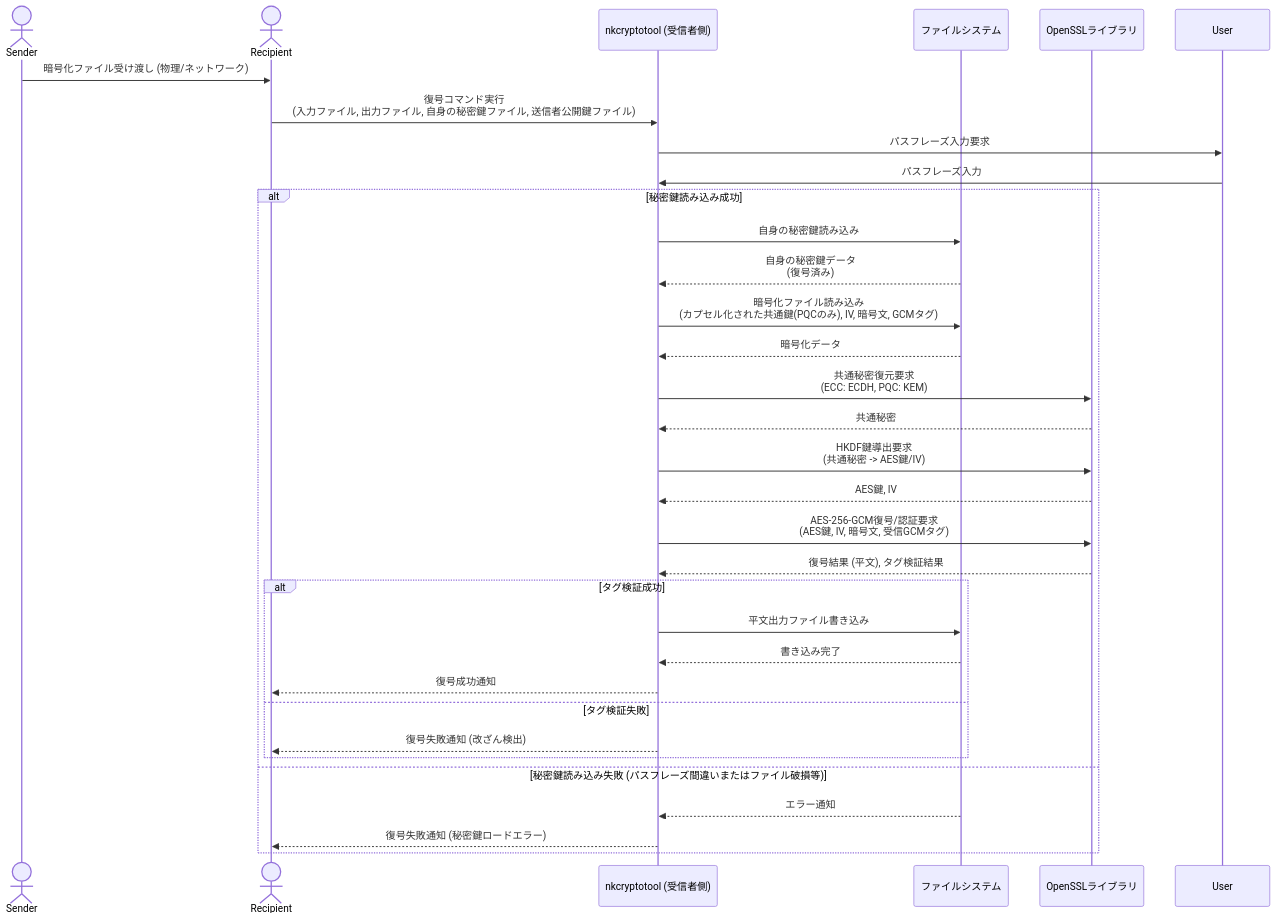
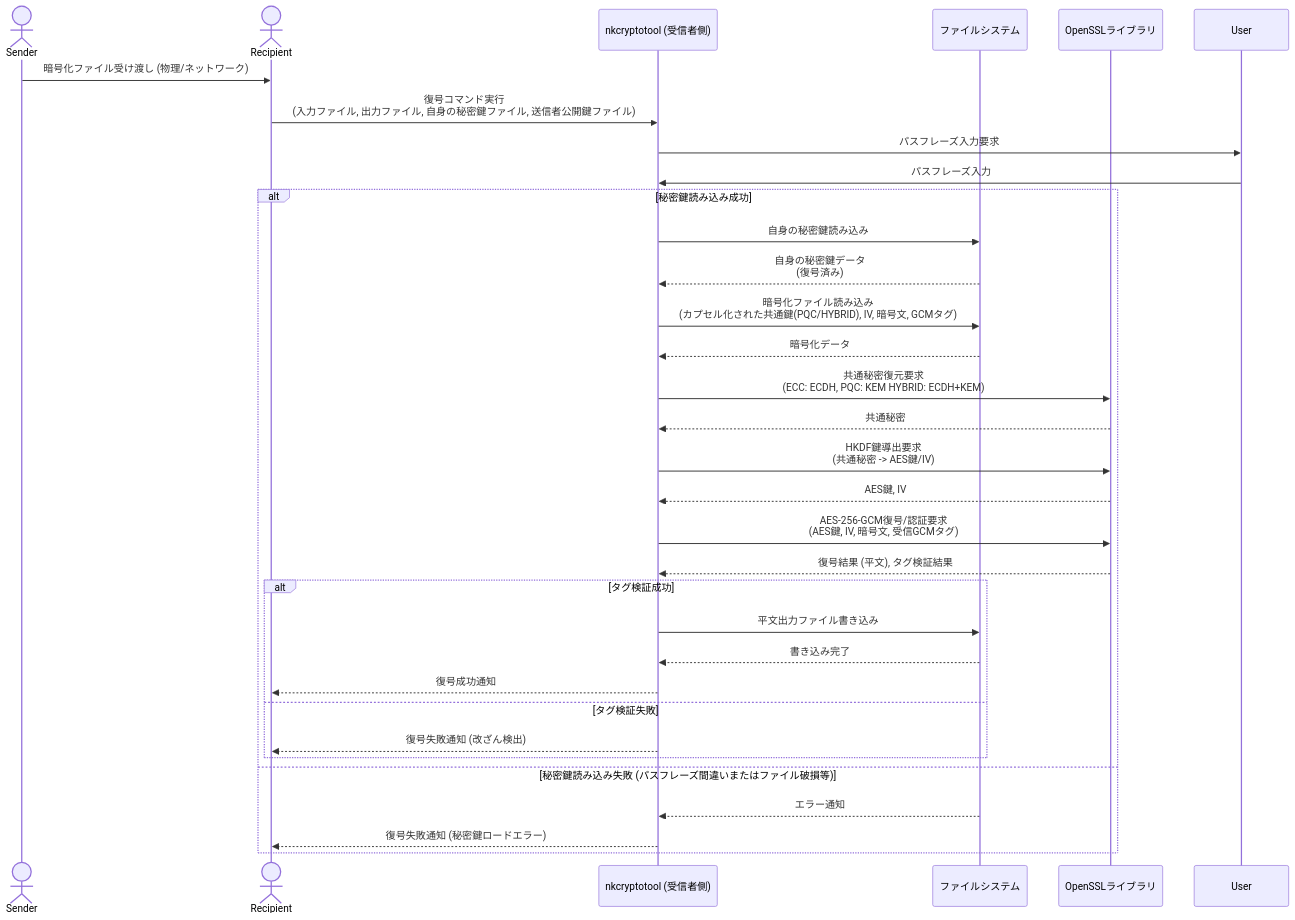
One commit to nkoriyama/nkCryptoTool changed the fourth of 6 diagrams in README.md. Above: the diagram before and after it, drawn with Mermaid.

Commit message:
Hybridモード用のシーケンス図

````diff
--- a/README.md
+++ b/README.md
@@ -383,35 +383,35 @@
 ```mermaid
 sequenceDiagram
     actor Sender
     actor Recipient
     participant Recipient_nkcryptotool as nkcryptotool (受信者側)
     participant FileSystem as ファイルシステム
     participant OpenSSL as OpenSSLライブラリ
 
     Sender->>Recipient: 暗号化ファイル受け渡し (物理/ネットワーク)
     Recipient->>Recipient_nkcryptotool: 復号コマンド実行<br>(入力ファイル, 出力ファイル, 自身の秘密鍵ファイル, 送信者公開鍵ファイル)
     Recipient_nkcryptotool->>User: パスフレーズ入力要求
     User->>Recipient_nkcryptotool: パスフレーズ入力
     alt 秘密鍵読み込み成功
         Recipient_nkcryptotool->>FileSystem: 自身の秘密鍵読み込み
         FileSystem-->>Recipient_nkcryptotool: 自身の秘密鍵データ<br>(復号済み)
-        Recipient_nkcryptotool->>FileSystem: 暗号化ファイル読み込み<br>(カプセル化された共通鍵(PQCのみ), IV, 暗号文, GCMタグ)
+        Recipient_nkcryptotool->>FileSystem: 暗号化ファイル読み込み<br>(カプセル化された共通鍵(PQC/HYBRID), IV, 暗号文, GCMタグ)
         FileSystem-->>Recipient_nkcryptotool: 暗号化データ
-        Recipient_nkcryptotool->>OpenSSL: 共通秘密復元要求<br>(ECC: ECDH, PQC: KEM)
+        Recipient_nkcryptotool->>OpenSSL: 共通秘密復元要求<br>(ECC: ECDH, PQC: KEM HYBRID: ECDH+KEM)
         OpenSSL-->>Recipient_nkcryptotool: 共通秘密
         Recipient_nkcryptotool->>OpenSSL: HKDF鍵導出要求<br>(共通秘密 -> AES鍵/IV)
         OpenSSL-->>Recipient_nkcryptotool: AES鍵, IV
         Recipient_nkcryptotool->>OpenSSL: AES-256-GCM復号/認証要求<br>(AES鍵, IV, 暗号文, 受信GCMタグ)
         OpenSSL-->>Recipient_nkcryptotool: 復号結果 (平文), タグ検証結果
         alt タグ検証成功
             Recipient_nkcryptotool->>FileSystem: 平文出力ファイル書き込み
             FileSystem-->>Recipient_nkcryptotool: 書き込み完了
             Recipient_nkcryptotool-->>Recipient: 復号成功通知
         else タグ検証失敗
             Recipient_nkcryptotool-->>Recipient: 復号失敗通知 (改ざん検出)
         end
     else 秘密鍵読み込み失敗 (パスフレーズ間違いまたはファイル破損等)
         FileSystem-->>Recipient_nkcryptotool: エラー通知
         Recipient_nkcryptotool-->>Recipient: 復号失敗通知 (秘密鍵ロードエラー)
     end
 ```
````
